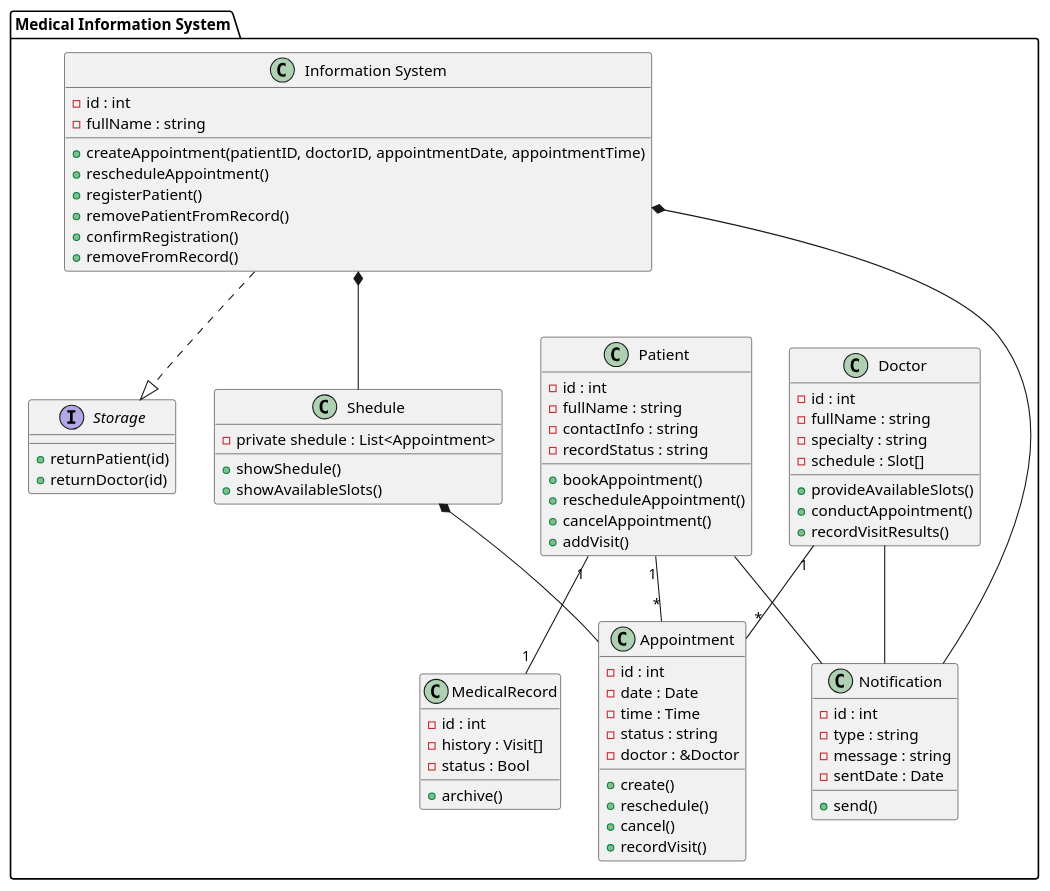
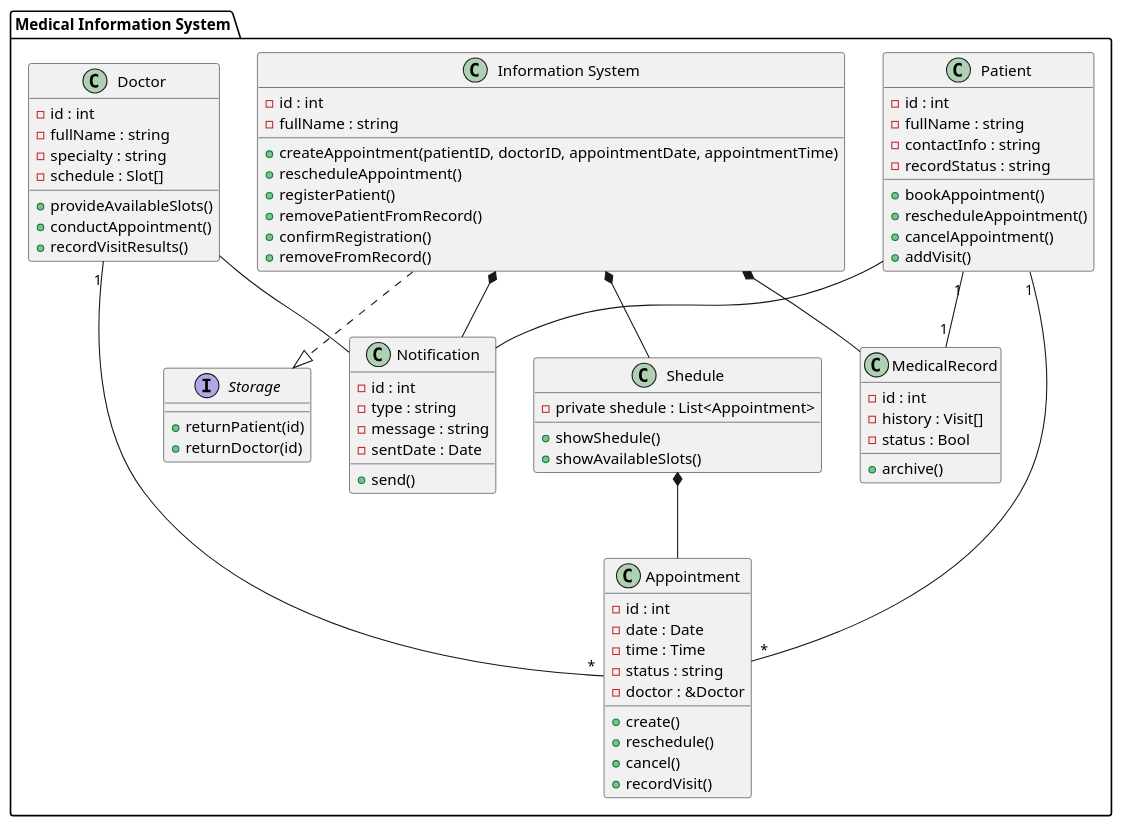
The diagram in class_diagram.puml (penamarth/bsbo-13-23_team3_var3_clinic), drawn with PlantUML before and after one commit.

Commit message:
Update class_diagram.puml
MedicalRecord connected to Information System

```diff
--- a/class_diagram.puml
+++ b/class_diagram.puml
@@ -1,85 +1,86 @@
 @startuml
 package "Medical Information System" {
 
 interface Storage {
   + returnPatient(id)
   + returnDoctor(id)
 }
 
 class Patient {
   - id : int
   - fullName : string
   - contactInfo : string
   - recordStatus : string
   + bookAppointment()
   + rescheduleAppointment()
   + cancelAppointment()
   + addVisit()
 }
 
 class "Information System" {
   - id : int
   - fullName : string
   + createAppointment(patientID, doctorID, appointmentDate, appointmentTime)
   + rescheduleAppointment()
   + registerPatient()
   + removePatientFromRecord()
   + confirmRegistration()
   + removeFromRecord()
 }
 
 class Doctor {
   - id : int
   - fullName : string
   - specialty : string
   - schedule : Slot[]
   + provideAvailableSlots()
   + conductAppointment()
   + recordVisitResults()
 }
 
 class Shedule {
   - private shedule : List<Appointment>
   + showShedule()
   + showAvailableSlots()
 }
 
 class Appointment {
   - id : int
   - date : Date
   - time : Time
   - status : string
   - doctor : &Doctor
   + create()
   + reschedule()
   + cancel()
   + recordVisit()
 }
 
 class MedicalRecord {
   - id : int
   - history : Visit[]
   - status : Bool
   + archive()
 }
 
 class Notification {
   - id : int
   - type : string
   - message : string
   - sentDate : Date
   + send()
 }
 
 Patient "1" -- "1" MedicalRecord
 Patient "1" -- "*" Appointment
 Patient -- Notification
 Doctor -- Notification
 Doctor "1" -- "*" Appointment
 
 "Information System" *-- Shedule
 "Information System" *-- Notification
+"Information System" *-- "MedicalRecord"
 "Information System" ..|> Storage
 Shedule *-- Appointment
 }
 @enduml
```
